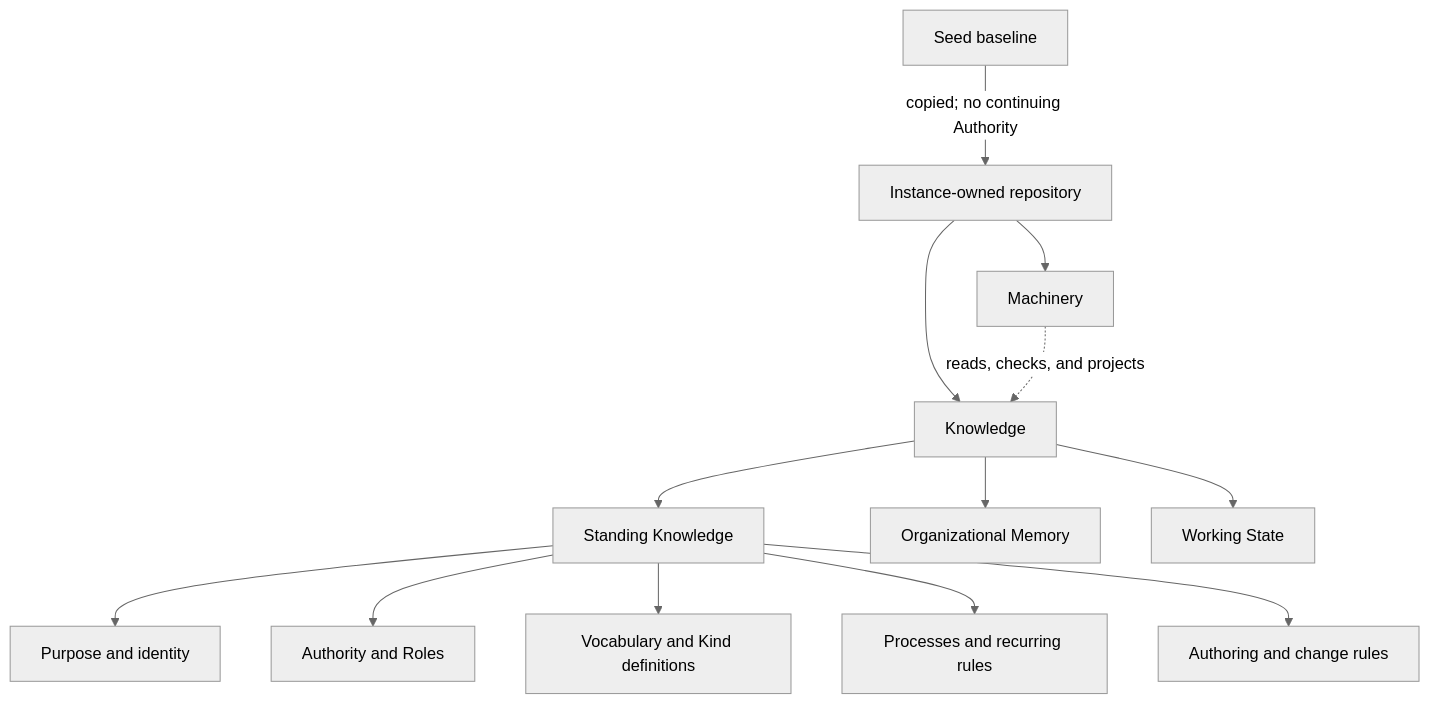
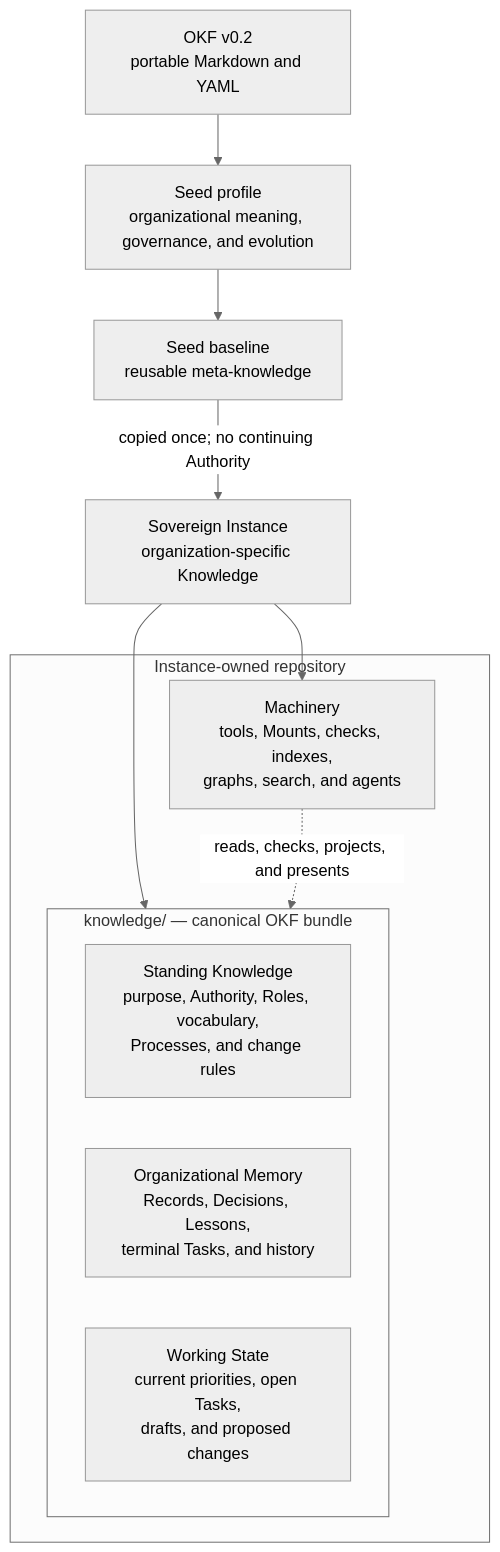
The first of 2 diagrams in knowledge/KNOWLEDGE.md (codeyogi911/organizational-seed), drawn with Mermaid (neutral theme) before and after one commit. The commit also changed other lines of this file and 1 other file, not shown here.

Commit message:
Visualize the Seed knowledge architecture

````diff
--- a/knowledge/KNOWLEDGE.md
+++ b/knowledge/KNOWLEDGE.md
@@ -19,15 +27,19 @@
 ```mermaid
 flowchart TB
-    Seed[Seed baseline] -->|copied; no continuing Authority| Instance[Instance-owned repository]
-    Instance --> Knowledge[Knowledge]
-    Instance --> Machinery[Machinery]
-    Knowledge --> Standing[Standing Knowledge]
-    Knowledge --> Memory[Organizational Memory]
-    Knowledge --> Working[Working State]
-    Machinery -. reads, checks, and projects .-> Knowledge
-    Standing --> Identity[Purpose and identity]
-    Standing --> Authority[Authority and Roles]
-    Standing --> Language[Vocabulary and Kind definitions]
-    Standing --> Behavior[Processes and recurring rules]
-    Standing --> Evolution[Authoring and change rules]
+    OKF["OKF v0.2<br/>portable Markdown and YAML"] --> Profile["Seed profile<br/>organizational meaning, governance, and evolution"]
+    Profile --> Seed["Seed baseline<br/>reusable meta-knowledge"]
+    Seed -->|copied once; no continuing Authority| Instance["Sovereign Instance<br/>organization-specific Knowledge"]
+
+    subgraph Repository["Instance-owned repository"]
+        subgraph Bundle["knowledge/ — canonical OKF bundle"]
+            Standing["Standing Knowledge<br/>purpose, Authority, Roles, vocabulary,<br/>Processes, and change rules"]
+            Memory["Organizational Memory<br/>Records, Decisions, Lessons,<br/>terminal Tasks, and history"]
+            Working["Working State<br/>current priorities, open Tasks,<br/>drafts, and proposed changes"]
+        end
+        Machinery["Machinery<br/>tools, Mounts, checks, indexes,<br/>graphs, search, and agents"]
+    end
+
+    Instance --> Bundle
+    Instance --> Machinery
+    Machinery -. reads, checks, projects, and presents .-> Bundle
 ```
````
